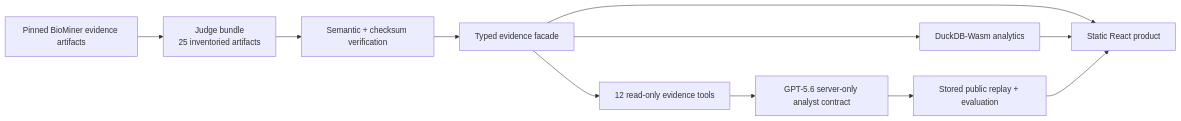
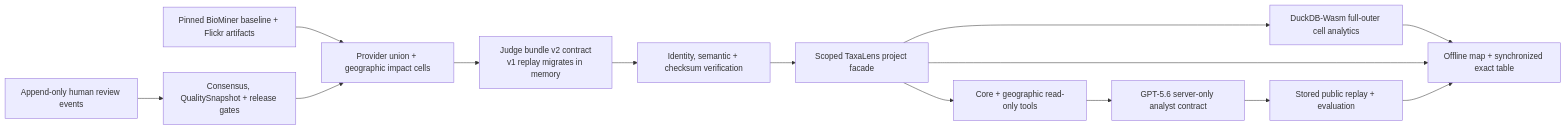
Before and after one commit to karikris/taxalens: the diagram in README.md, drawn with Mermaid. The commit also changed other lines of this file and 1 other file, not shown here.

First line of the commit message:
docs: explain geographic evidence contribution

````diff
--- a/README.md
+++ b/README.md
@@ -142,13 +143,16 @@
 ```mermaid
 flowchart LR
-    B["Pinned BioMiner evidence artifacts"] --> J["Judge bundle<br/>25 inventoried artifacts"]
-    J --> V["Semantic + checksum verification"]
-    V --> F["Typed evidence facade"]
-    F --> Q["DuckDB-Wasm analytics"]
-    F --> T["12 read-only evidence tools"]
-    F --> U["Static React product"]
-    Q --> U
+    B["Pinned BioMiner baseline + Flickr artifacts"] --> C["Provider union + geographic impact cells"]
+    C --> J["Judge bundle v2 contract<br/>v1 replay migrates in memory"]
+    J --> V["Identity, semantic + checksum verification"]
+    V --> F["Scoped TaxaLens project facade"]
+    F --> Q["DuckDB-Wasm full-outer cell analytics"]
+    Q --> U["Offline map + synchronized exact table"]
+    H["Append-only human review events"] --> K["Consensus, QualitySnapshot + release gates"]
+    K --> C
+    F --> T["Core + geographic read-only tools"]
+    F --> U
     T --> G["GPT-5.6 server-only analyst contract"]
     G --> R["Stored public replay + evaluation"]
     R --> U
 ```
````
